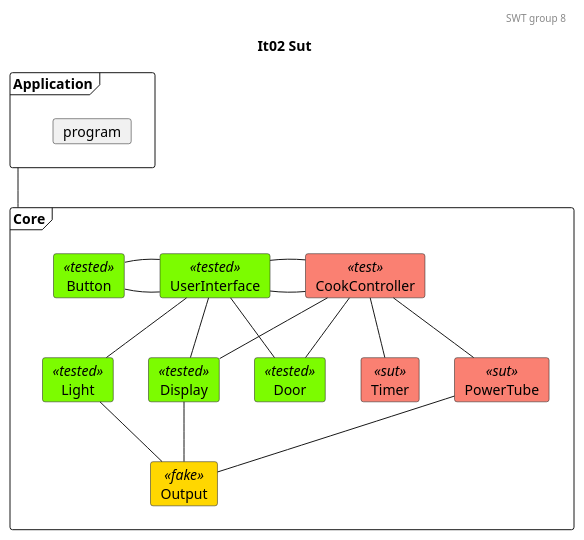
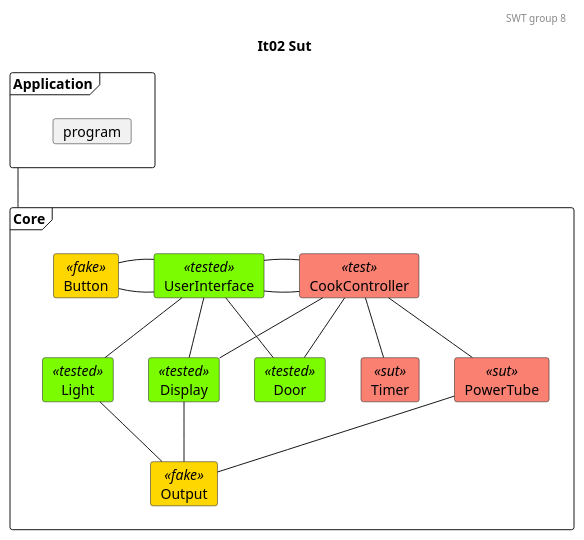
The diagram in docs/SysTestTree2.plantuml (mikkel-ol/I4SWT-MicrowaveOven), drawn with PlantUML before and after one commit.

Commit message:
Fix I2 button

```diff
--- a/docs/SysTestTree2.plantuml
+++ b/docs/SysTestTree2.plantuml
@@ -1,61 +1,61 @@
 @startuml
 
 'Testing colors:
 skinparam card{
     backgroundColor<<tested>> lawngreen
     backgroundColor<<sut>> salmon
     backgroundColor<<test>> salmon
     backgroundColor<<fake>> gold
 }
 
 header SWT group 8
 title It02 Sut
 
 frame Application{
     card program
 }
 
 frame Core{
     card UserInterface<<tested>>
     card CookController<<test>>
 
     card Door<<tested>>
     card Light<<tested>>
     card Timer<<sut>>
     card PowerTube<<sut>>
     card Display<<tested>>
     card Output<<fake>>
-    card Button<<tested>>
+    card Button<<fake>>
 }
 
 'Relations projects
 ' 0. to 1.
 Application -- Core
 
 'Relations CookController:
 '1.
 CookController - UserInterface
 '1. to 2.
 CookController -- Door
 CookController -- Timer
 CookController -- PowerTube
 CookController -- Display
 
 'Relations UserInterface:
 '1.
 UserInterface - CookController
 Button - UserInterface 
 UserInterface - Button
 
 '1. to 2.
 UserInterface -- Light
 UserInterface -- Door
 UserInterface -- Display
 ' Relations 2. to 3.
 Light -- Output
 Display -- Output
 PowerTube -- Output
 
 
 
 @enduml
```
